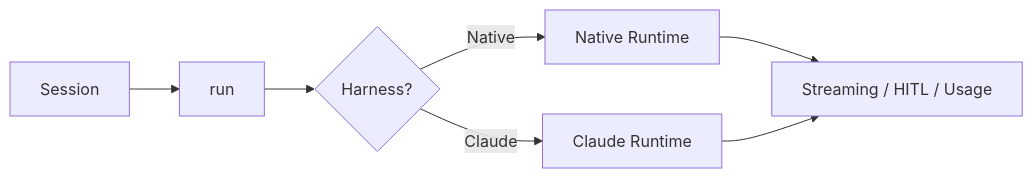
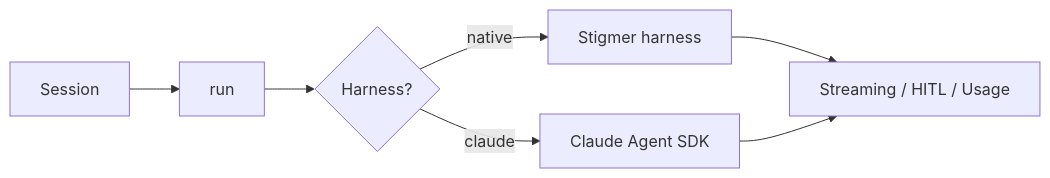
One commit to stigmer/stigmer changed the diagram in docs/concepts/harnesses.mdx. Above: the diagram before and after it, drawn with Mermaid. The commit also changed other lines of this file and 203 other files, not shown here.

Commit message:
feat: every surface names the harness as people read it: Stigmer and Claude Agent

````diff
--- a/docs/concepts/harnesses.mdx
+++ b/docs/concepts/harnesses.mdx
@@ -128,9 +131,9 @@
 ```mermaid
 flowchart LR
   S["Session"] --> R["run"]
   R --> D{Harness?}
-  D -->|Native| EG["Native Runtime"]
-  D -->|Claude| EA["Claude Runtime"]
+  D -->|native| EG["Stigmer harness"]
+  D -->|claude| EA["Claude Agent SDK"]
   EG --> P["Streaming / HITL / Usage"]
   EA --> P
 ```
````
